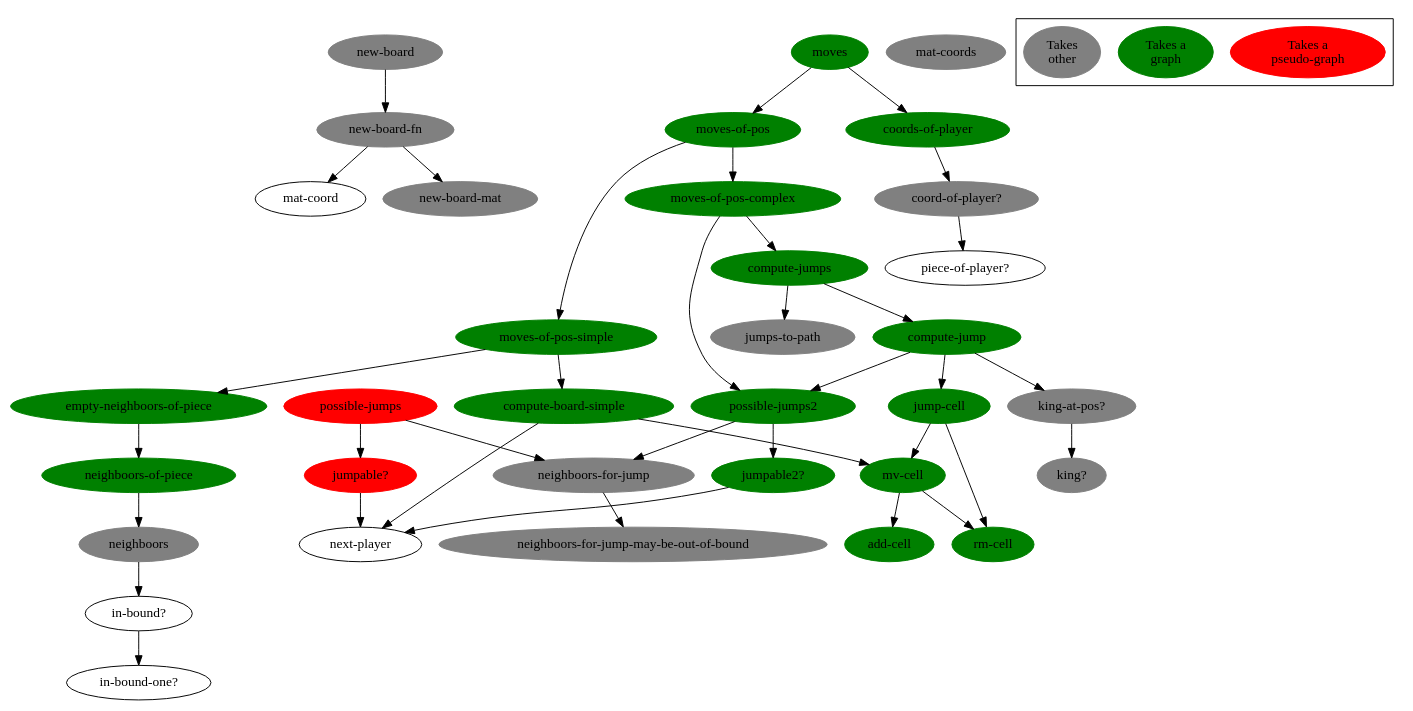
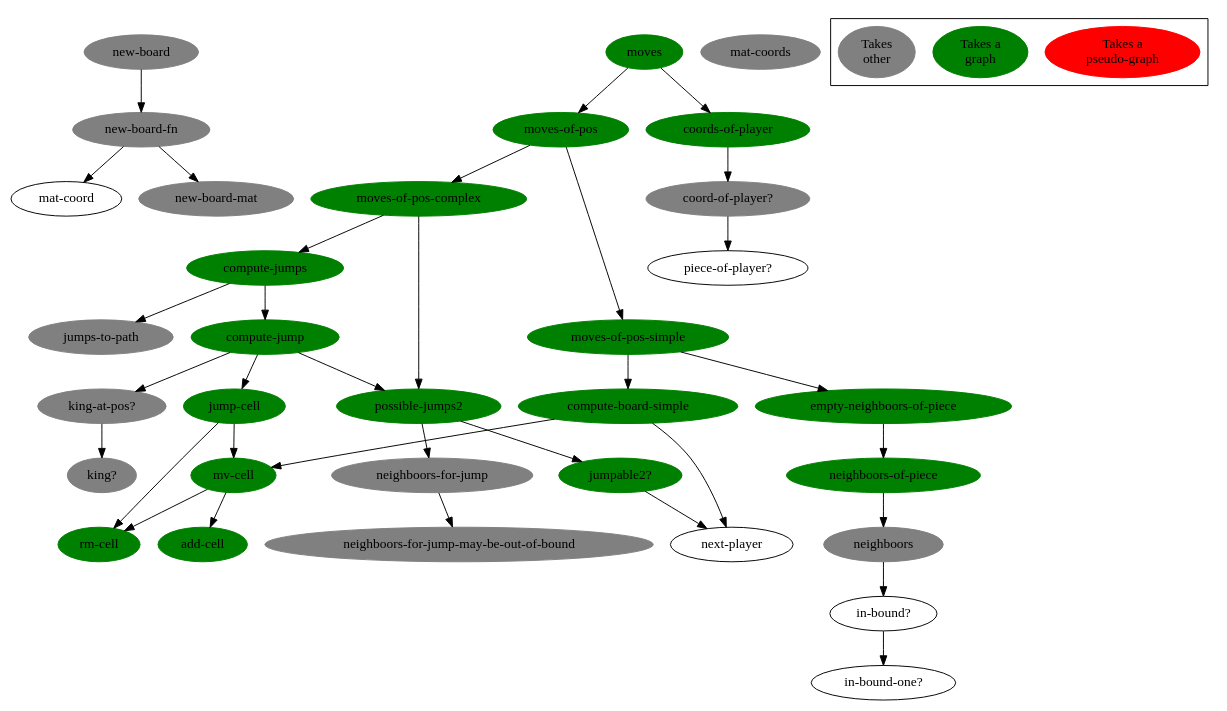
One commit to denlab/clojure-plays-checkers changed the diagram in doc/function-graph-detailled.dot. Above: the diagram before and after it, drawn with Graphviz. The commit also changed 1 other file, not shown here.

Commit message:
refacto-in-progress: removed possible-jumps and jumpable?

```diff
--- a/doc/function-graph-detailled.dot
+++ b/doc/function-graph-detailled.dot
@@ -1,119 +1,113 @@
 digraph funtions {
 
 /******************************************************************************
  *                         edges                                              *         
  ******************************************************************************/
 
         "new-board-fn" -> "mat-coord";
         "new-board-fn" -> "new-board-mat";
         
         "new-board" -> "new-board-fn";
 
         "in-bound?" -> "in-bound-one?";
 
         "neighboors" -> "in-bound?";
 
         "neighboors-of-piece" -> "neighboors";
 
         "empty-neighboors-of-piece" -> "neighboors-of-piece";
 
         "mv-cell" -> "rm-cell";
         "mv-cell" -> "add-cell";
 
         "compute-board-simple" -> "mv-cell";
         "compute-board-simple" -> "next-player";
 
         "moves-of-pos-simple" -> "compute-board-simple";
         "moves-of-pos-simple" ->  "empty-neighboors-of-piece";
         
         "neighboors-for-jump" -> "neighboors-for-jump-may-be-out-of-bound";
 
-        "jumpable?" -> "next-player";
         "jumpable2?" -> "next-player";
-
-        "possible-jumps" -> "jumpable?";
-        "possible-jumps" -> "neighboors-for-jump";
 
         "possible-jumps2" -> "jumpable2?";
         "possible-jumps2" -> "neighboors-for-jump";
 
         "jump-cell" -> "rm-cell";
         "jump-cell" -> "mv-cell";
 
         "king-at-pos?" -> "king?";
 
         "compute-jump" -> "jump-cell";
         "compute-jump" -> "possible-jumps2";
         "compute-jump" -> "king-at-pos?";
 
         "compute-jumps" -> "compute-jump";
         "compute-jumps" -> "jumps-to-path";
 
         "moves-of-pos-complex" -> "compute-jumps";
         "moves-of-pos-complex" -> "possible-jumps2";
 
         "moves-of-pos" -> "moves-of-pos-simple";
         "moves-of-pos" -> "moves-of-pos-complex";
 
         "coord-of-player?" -> "piece-of-player?";
 
         "coords-of-player" -> "coord-of-player?";
 
         "moves" -> "moves-of-pos";
         "moves" -> "coords-of-player";
 
 /******************************************************************************
  *                         nodes                                              *         
  ******************************************************************************/
 
         "moves"[bgcolor=green color=green style=filled];
         "coords-of-player"[bgcolor=green color=green style=filled];
         "moves-of-pos"[bgcolor=green color=green style=filled];
         "moves-of-pos-complex"[bgcolor=green color=green style=filled];
         "moves-of-pos-simple"[bgcolor=green color=green style=filled];
         "compute-board-simple"[bgcolor=green color=green style=filled];
         "mv-cell"[bgcolor=green color=green style=filled];
         "add-cell"[bgcolor=green color=green style=filled];
         "rm-cell"[bgcolor=green color=green style=filled];
         "empty-neighboors-of-piece"[bgcolor=green color=green style=filled];
         "neighboors-of-piece"[bgcolor=green color=green style=filled];
 
         "compute-jump"[bgcolor=green color=green style=filled];
 
         "jump-cell"[bgcolor=green color=green style=filled];
-        "possible-jumps"[bgcolor=red color=red style=filled];
         "possible-jumps2"[bgcolor=green color=green style=filled];
-        "jumpable?"[bgcolor=red color=red style=filled];
         "jumpable2?"[bgcolor=green color=green style=filled];
 
         "coord-of-player?"[bgcolor=grey color=grey style=filled];
         "jumps-to-path"[bgcolor=grey color=grey style=filled];
         "king-at-pos?"[bgcolor=grey color=grey style=filled];
         "king?"[bgcolor=grey color=grey style=filled];
         "neighboors-for-jump"[bgcolor=grey color=grey style=filled];
         "neighboors-for-jump-may-be-out-of-bound"[bgcolor=grey color=grey style=filled];
         "neighboors"[bgcolor=grey color=grey style=filled];
         "new-board"[bgcolor=grey color=grey style=filled];
         "new-board-fn"[bgcolor=grey color=grey style=filled];
         "new-board-mat"[bgcolor=grey color=grey style=filled];
         "mat-coords"[bgcolor=grey color=grey style=filled];
 
 
         "compute-jumps"[bgcolor=green color=green style=filled];
 
 /******************************************************************************
  *                         legend                                             *         
  ******************************************************************************/
 
         "Takes a\npseudo-graph"[bgcolor=red color=red style=filled];
         "Takes a\ngraph"[bgcolor=green color=green style=filled];
 //        "Takes\nother"[bgcolor="#94003f" color="#94003f" style=filled];
         "Takes\nother"[bgcolor=grey color=grey style=filled];
 
         subgraph "cluster-legend" {
                 "Takes a\npseudo-graph";
                 "Takes a\ngraph";
                 "Takes\nother";
         }
 
 }
```
